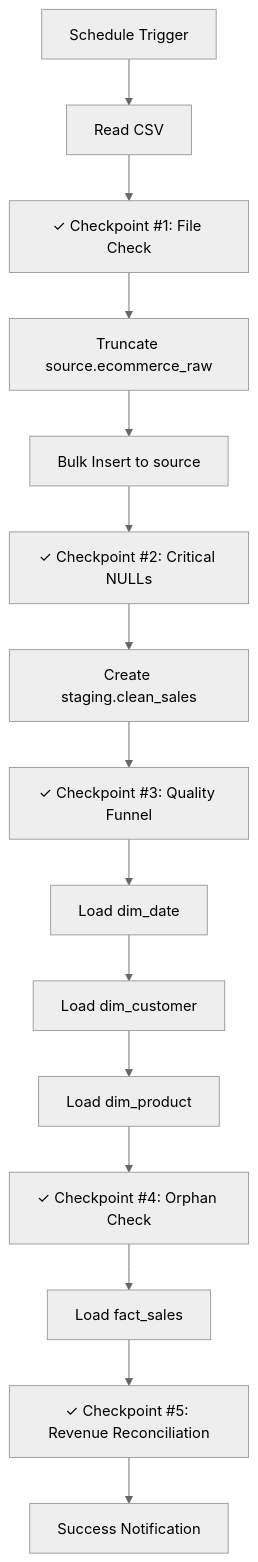
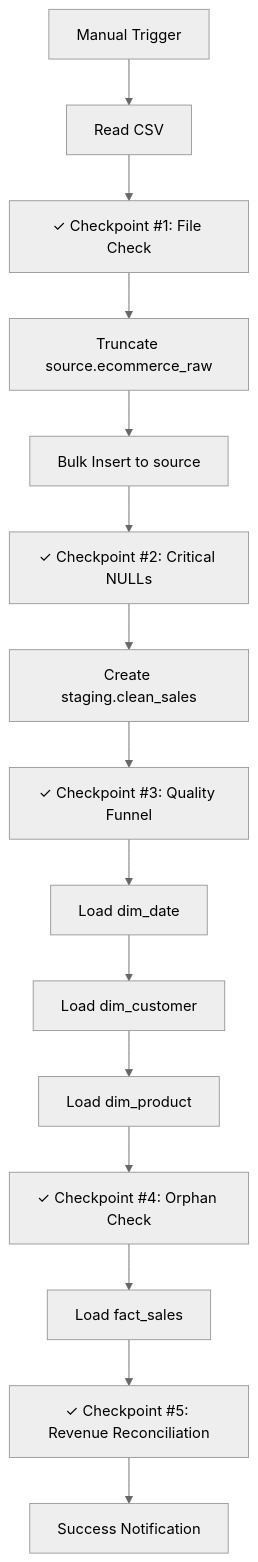
Before and after one commit to kadusic1/BI-Project: the diagram in docs/03_elt_pipeline.md, drawn with Mermaid (neutral theme).

Commit message:
refactor: Changed n8n trigger type

````diff
--- a/docs/03_elt_pipeline.md
+++ b/docs/03_elt_pipeline.md
@@ -10,17 +10,17 @@
 ```mermaid
 graph TD
-    A[Schedule Trigger] --> B[Read CSV]
+    A[Manual Trigger] --> B[Read CSV]
     B --> C1[✓ Checkpoint #1: File Check]
     C1 --> D[Truncate source.ecommerce_raw]
     D --> E[Bulk Insert to source]
     E --> C2[✓ Checkpoint #2: Critical NULLs]
     C2 --> F[Create staging.clean_sales]
     F --> C3[✓ Checkpoint #3: Quality Funnel]
     C3 --> G[Load dim_date]
     G --> H[Load dim_customer]
     H --> I[Load dim_product]
     I --> C4[✓ Checkpoint #4: Orphan Check]
     C4 --> J[Load fact_sales]
     J --> C5[✓ Checkpoint #5: Revenue Reconciliation]
     C5 --> K[Success Notification]
 ```
````
